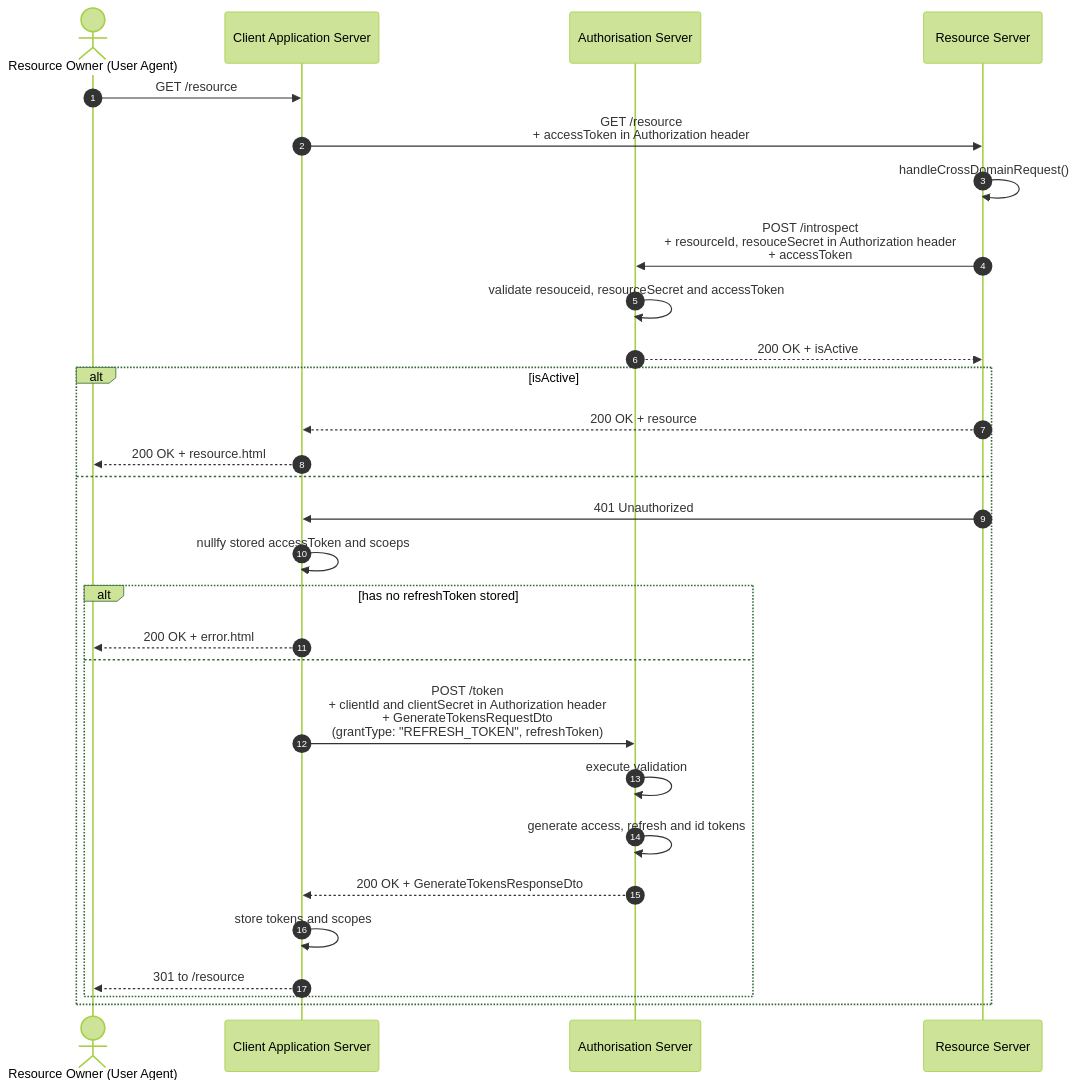
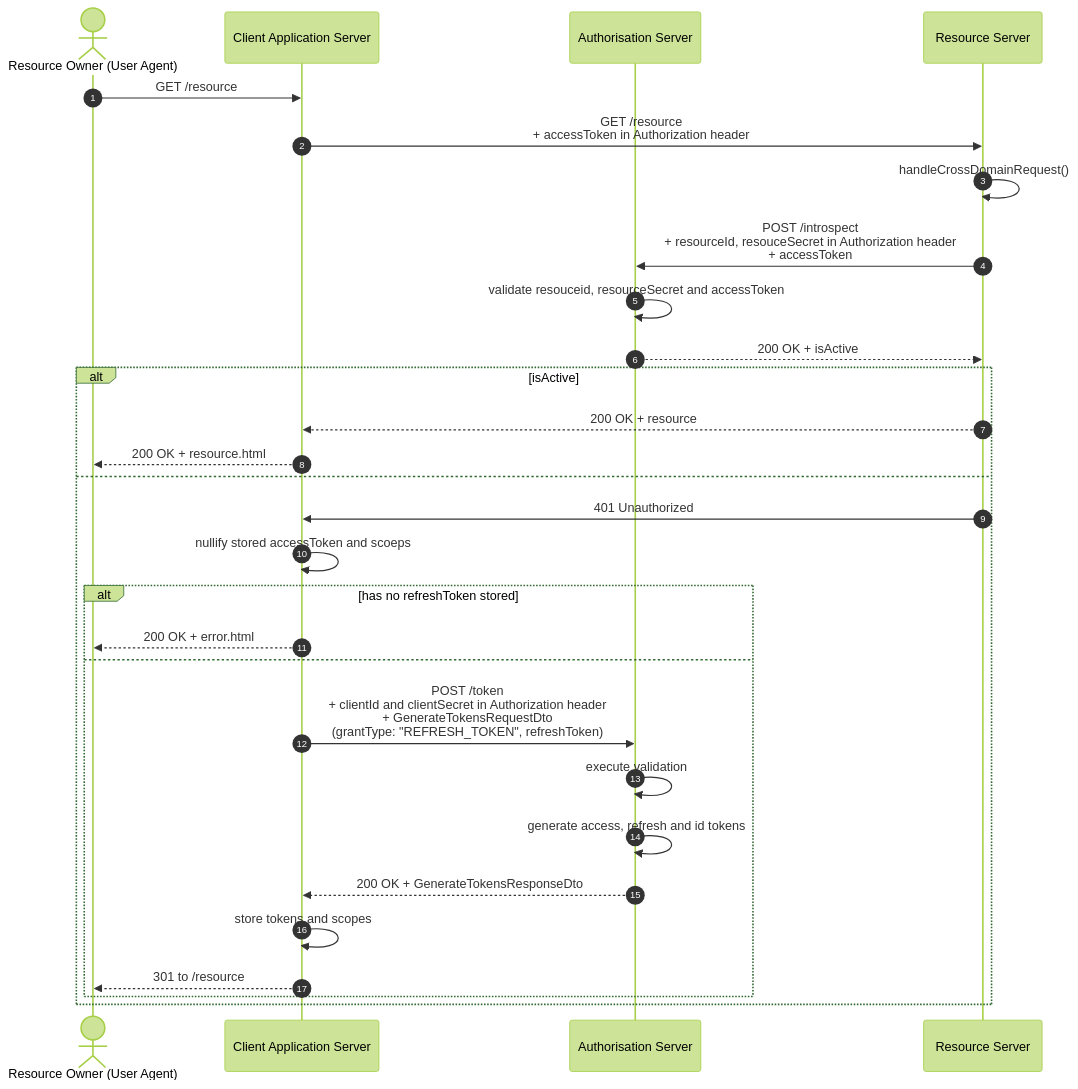
Before and after one commit to xyzsince2014/tokyomap-oauth: the diagram in docs/sequences/web_app/get_resource.md, drawn with Mermaid (forest theme). The commit also changed 5 other files, not shown here.

Commit message:
corrected sequence diagrams

````diff
--- a/docs/sequences/web_app/get_resource.md
+++ b/docs/sequences/web_app/get_resource.md
@@ -1,38 +1,38 @@
 ```mermaid
 sequenceDiagram
 autonumber
 
 actor user as Resource Owner (User Agent)
 participant app as Client Application Server
 participant auth as Authorisation Server
 participant res as Resource Server
 
 user->>app: GET /resource
 app->>res: GET /resource<br>+ accessToken in Authorization header
 res->>res: handleCrossDomainRequest()
 res->>auth: POST /introspect<br>+ resourceId, resouceSecret in Authorization header<br>+ accessToken
 auth->>auth: validate resouceid, resourceSecret and accessToken
 auth-->>res: 200 OK + isActive
 
 alt isActive
 res-->>app: 200 OK + resource
 app-->>user: 200 OK + resource.html
 
 else
 res->>app: 401 Unauthorized
-app->>app: nullfy stored accessToken and scoeps
+app->>app: nullify stored accessToken and scoeps
 
 alt has no refreshToken stored
 app-->>user: 200 OK + error.html
 else
 app->>auth: POST /token<br>+ clientId and clientSecret in Authorization header<br>+ GenerateTokensRequestDto<br>(grantType: "REFRESH_TOKEN", refreshToken)
 auth->>auth: execute validation
 auth->>auth: generate access, refresh and id tokens
 auth-->>app: 200 OK + GenerateTokensResponseDto
 app->>app: store tokens and scopes
 app-->>user: 301 to /resource
 end
 
 end
 
 ```
````
